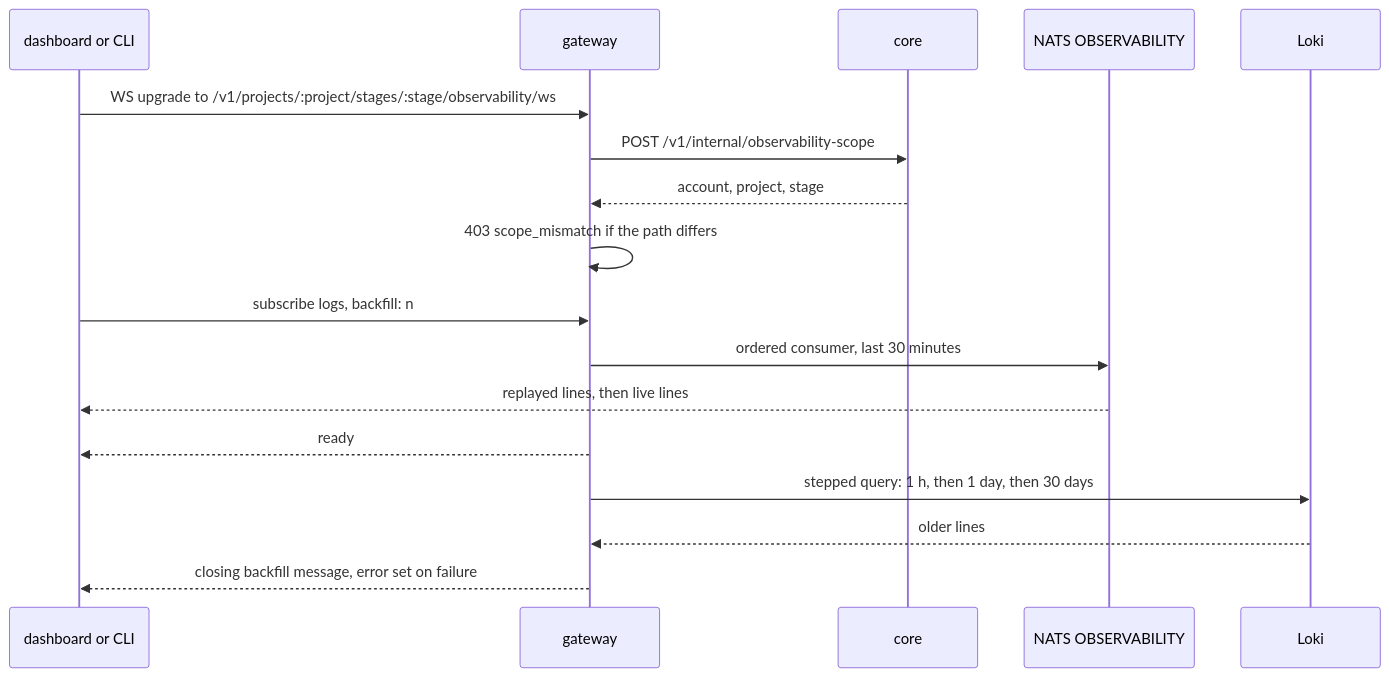
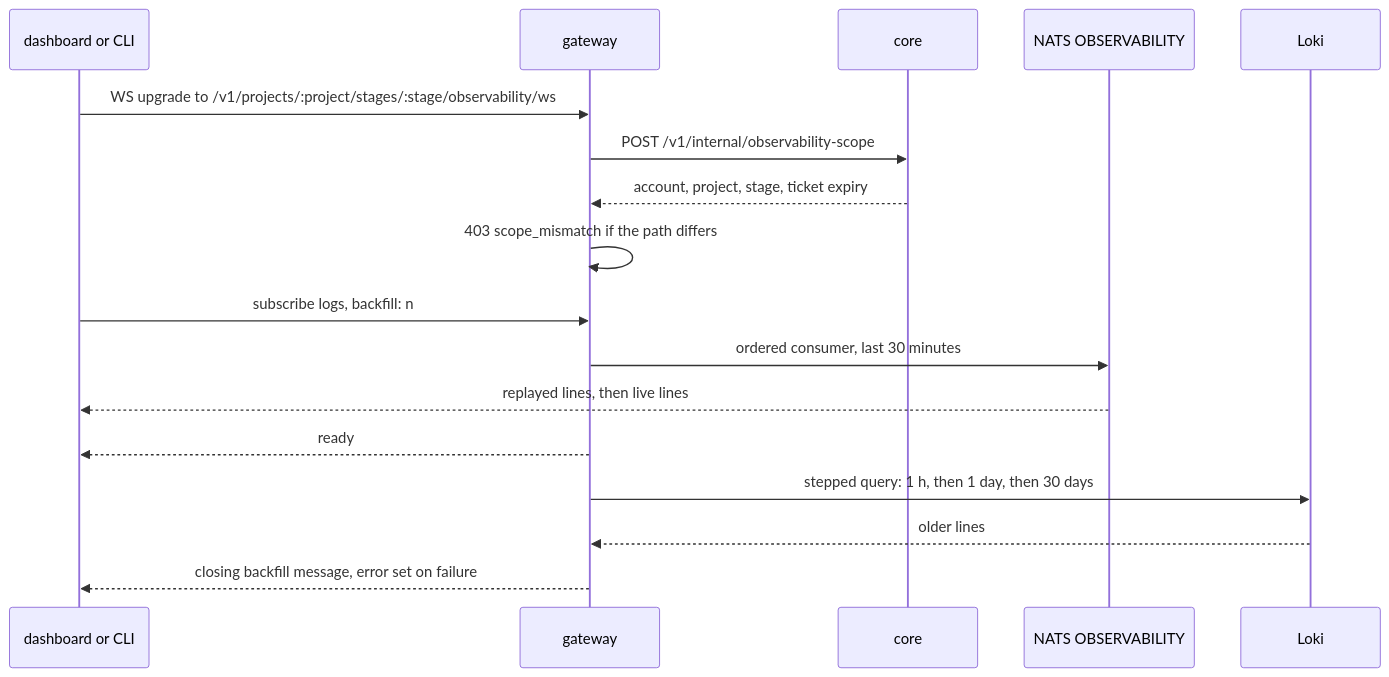
One commit to beeblastco/broods changed the second of 5 diagrams in apps/docs/docs/internals/observability.md. Above: the diagram before and after it, drawn with Mermaid. The commit also changed other lines of this file and 73 other files, not shown here.

````diff
--- a/apps/docs/docs/internals/observability.md
+++ b/apps/docs/docs/internals/observability.md
@@ -57,20 +57,20 @@
 ```mermaid
 sequenceDiagram
   participant C as dashboard or CLI
   participant G as gateway
   participant Core as core
   participant N as NATS OBSERVABILITY
   participant L as Loki
 
   C->>G: WS upgrade to /v1/projects/:project/stages/:stage/observability/ws
   G->>Core: POST /v1/internal/observability-scope
-  Core-->>G: account, project, stage
+  Core-->>G: account, project, stage, ticket expiry
   G->>G: 403 scope_mismatch if the path differs
   C->>G: subscribe logs, backfill: n
   G->>N: ordered consumer, last 30 minutes
   N-->>C: replayed lines, then live lines
   G-->>C: ready
   G->>L: stepped query: 1 h, then 1 day, then 30 days
   L-->>G: older lines
   G-->>C: closing backfill message, error set on failure
 ```
````
